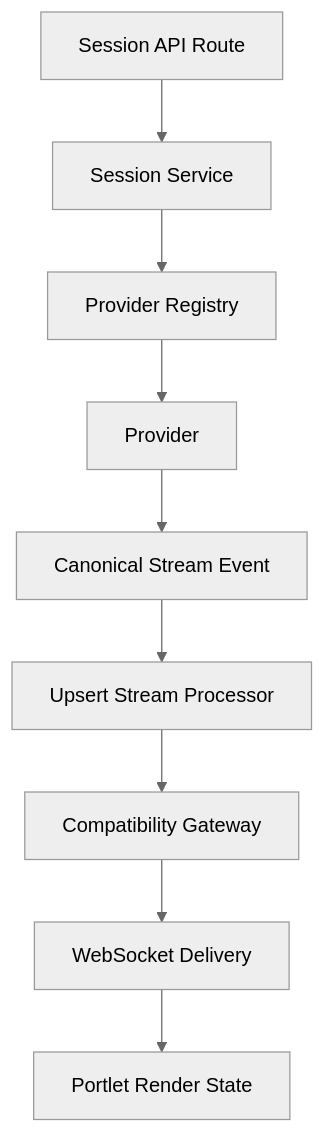
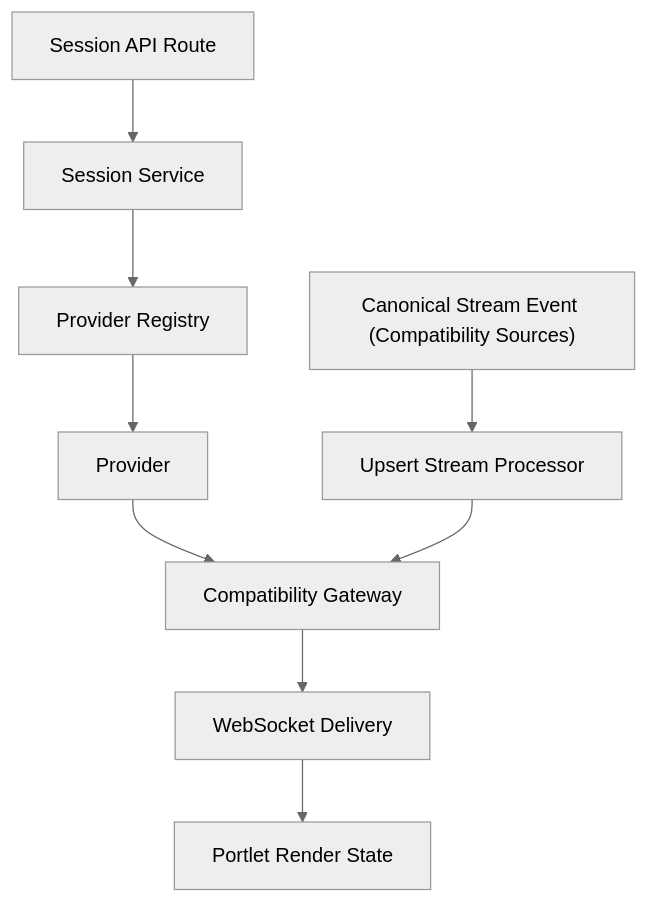
The second of 7 diagrams in docs/epics/02-provider-streaming-pipeline/tech-design.md (liminal-ai/liminal-builder), drawn with Mermaid (neutral theme) before and after one commit. The commit also changed other lines of this file and 27 other files, not shown here.

````diff
--- a/docs/epics/02-provider-streaming-pipeline/tech-design.md
+++ b/docs/epics/02-provider-streaming-pipeline/tech-design.md
@@ -207,11 +212,11 @@
 ```mermaid
 flowchart TD
     Route["Session API Route"] --> Service["Session Service"]
     Service --> Registry["Provider Registry"]
     Registry --> Provider["Provider"]
-    Provider --> Canonical["Canonical Stream Event"]
-    Canonical --> Processor["Upsert Stream Processor"]
+    Provider --> Gateway["Compatibility Gateway"]
+    Canonical["Canonical Stream Event (Compatibility Sources)"] --> Processor["Upsert Stream Processor"]
     Processor --> Gateway["Compatibility Gateway"]
     Gateway --> WS["WebSocket Delivery"]
     WS --> Portlet["Portlet Render State"]
 ```
````
